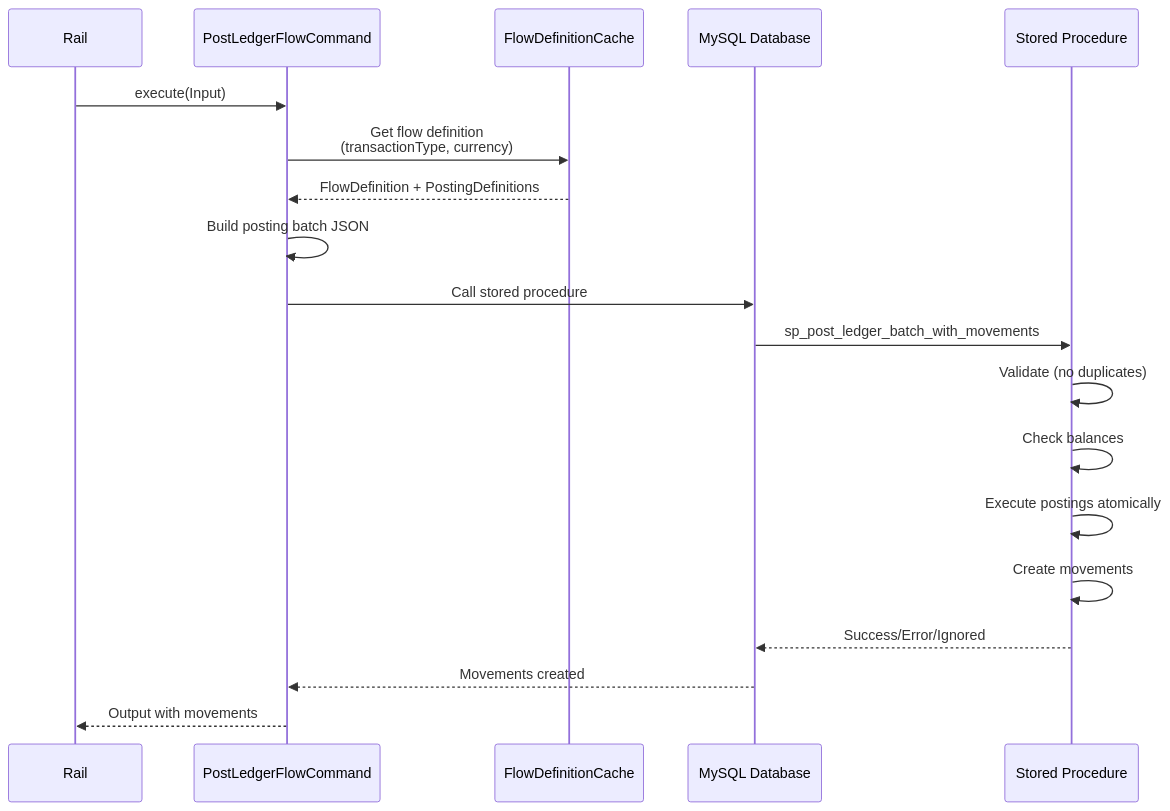
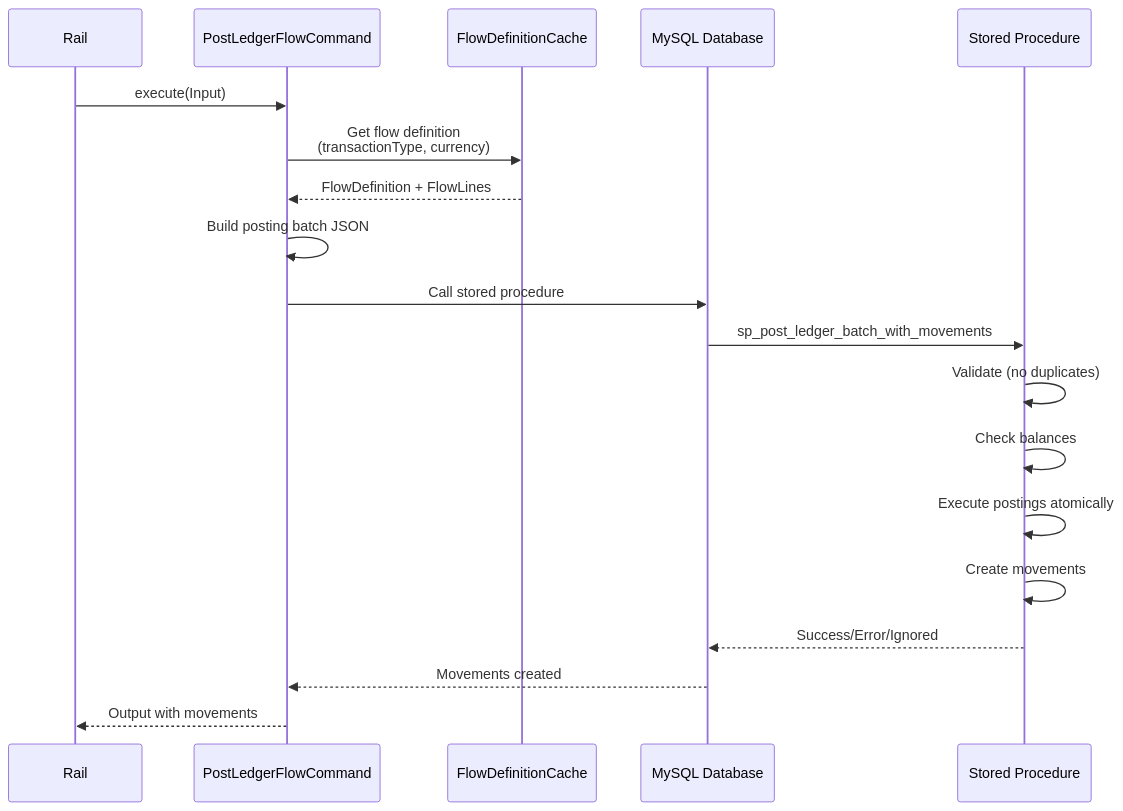
Before and after one commit to aungthawaye/mojave: the third of 3 diagrams in docs/product/02-core-concepts/accounting-model.md, drawn with Mermaid. The commit also changed other lines of this file and 41 other files, not shown here.

Commit message:
refactored PostingDefinition & its related terms to FlowLine and suitable naming

````diff
--- a/docs/product/02-core-concepts/accounting-model.md
+++ b/docs/product/02-core-concepts/accounting-model.md
@@ -189,22 +189,22 @@
 ```mermaid
 sequenceDiagram
     participant Rail
     participant Command as PostLedgerFlowCommand
     participant Cache as FlowDefinitionCache
     participant DB as MySQL Database
     participant SP as Stored Procedure
 
     Rail->>Command: execute(Input)
     Command->>Cache: Get flow definition<br/>(transactionType, currency)
-    Cache-->>Command: FlowDefinition + PostingDefinitions
+    Cache-->>Command: FlowDefinition + FlowLines
     Command->>Command: Build posting batch JSON
     Command->>DB: Call stored procedure
     DB->>SP: sp_post_ledger_batch_with_movements
     SP->>SP: Validate (no duplicates)
     SP->>SP: Check balances
     SP->>SP: Execute postings atomically
     SP->>SP: Create movements
     SP-->>DB: Success/Error/Ignored
     DB-->>Command: Movements created
     Command-->>Rail: Output with movements
 ```
````
